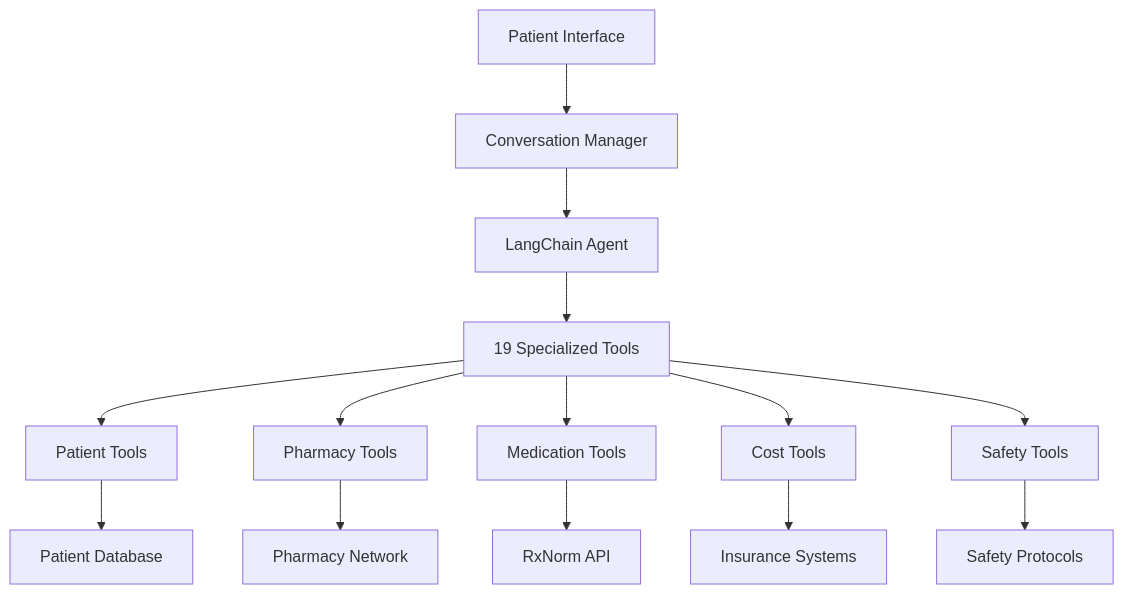
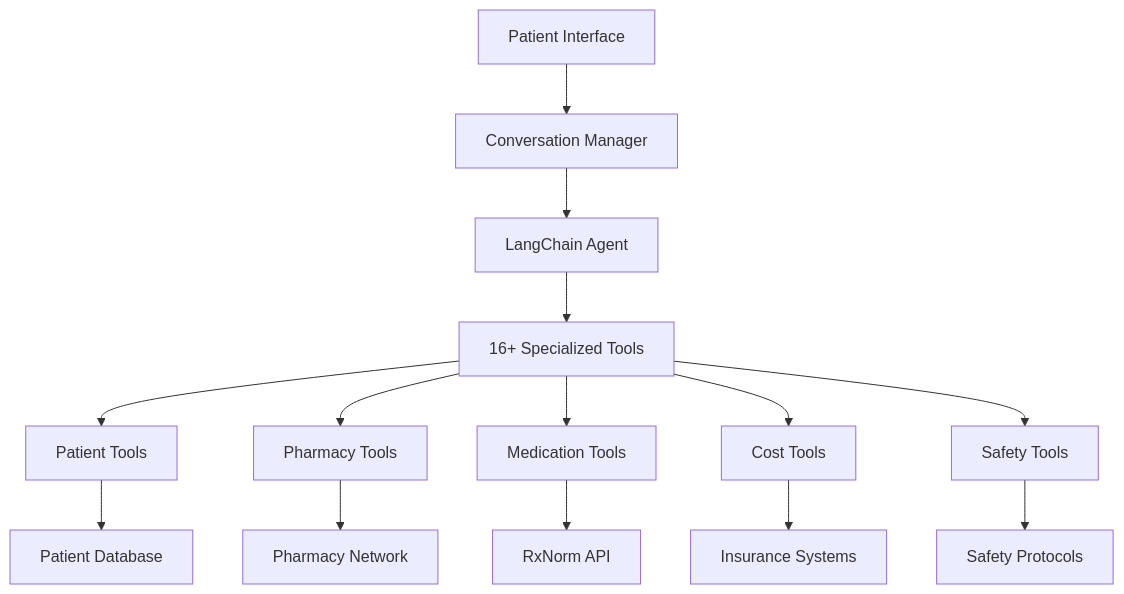
The first of 2 diagrams in docs/index.md (zarreh/rxflow-pharmacy-assistant), drawn with Mermaid before and after one commit. The commit also changed other lines of this file and 3 other files, not shown here.

First line of the commit message:
docs: Fix mermaid rendering and update documentation to reflect v2.0 architecture

````diff
--- a/docs/index.md
+++ b/docs/index.md
@@ -52,18 +52,18 @@
 ```mermaid
 graph TB
     A[Patient Interface] --> B[Conversation Manager]
     B --> C[LangChain Agent]
-    C --> D[19 Specialized Tools]
+    C --> D[16+ Specialized Tools]
     
     D --> E[Patient Tools]
     D --> F[Pharmacy Tools]
     D --> G[Medication Tools]
     D --> H[Cost Tools]
     D --> I[Safety Tools]
     
     E --> J[Patient Database]
     F --> K[Pharmacy Network]
     G --> L[RxNorm API]
     H --> M[Insurance Systems]
     I --> N[Safety Protocols]
 ```
````
